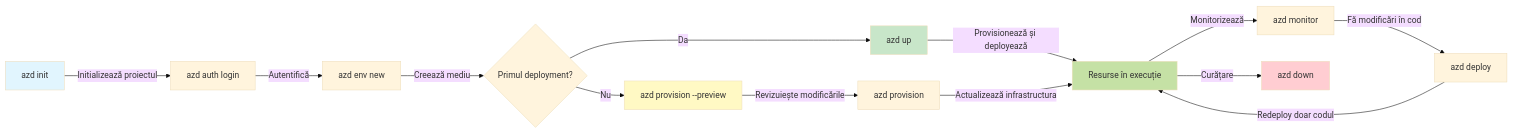
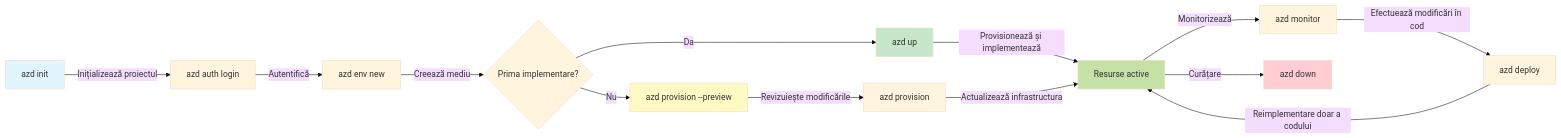
Before and after one commit to microsoft/AZD-for-beginners: the first of 2 diagrams in translations/ro/docs/chapter-01-foundation/azd-basics.md, drawn with Mermaid (base theme). The commit also changed other lines of this file and 101 other files, not shown here.

````diff
--- a/translations/ro/docs/chapter-01-foundation/azd-basics.md
+++ b/translations/ro/docs/chapter-01-foundation/azd-basics.md
@@ -269,21 +269,21 @@
 ```mermaid
 graph LR
-    A[azd init] -->|Initializează proiectul| B[azd auth login]
+    A[azd init] -->|Inițializează proiectul| B[azd auth login]
     B -->|Autentifică| C[azd env new]
-    C -->|Creează mediu| D{Primul deployment?}
+    C -->|Creează mediu| D{Prima implementare?}
     D -->|Da| E[azd up]
     D -->|Nu| F[azd provision --preview]
     F -->|Revizuiește modificările| G[azd provision]
-    E -->|Provisionează și deployează| H[Resurse în execuție]
+    E -->|Provisionează și implementează| H[Resurse active]
     G -->|Actualizează infrastructura| H
     H -->|Monitorizează| I[azd monitor]
-    I -->|Fă modificări în cod| J[azd deploy]
-    J -->|Redeploy doar codul| H
+    I -->|Efectuează modificări în cod| J[azd deploy]
+    J -->|Reimplementare doar a codului| H
     H -->|Curățare| K[azd down]
     
     style A fill:#e1f5fe
     style E fill:#c8e6c9
     style F fill:#fff9c4
     style H fill:#c5e1a5
     style K fill:#ffcdd2
 ```
````
